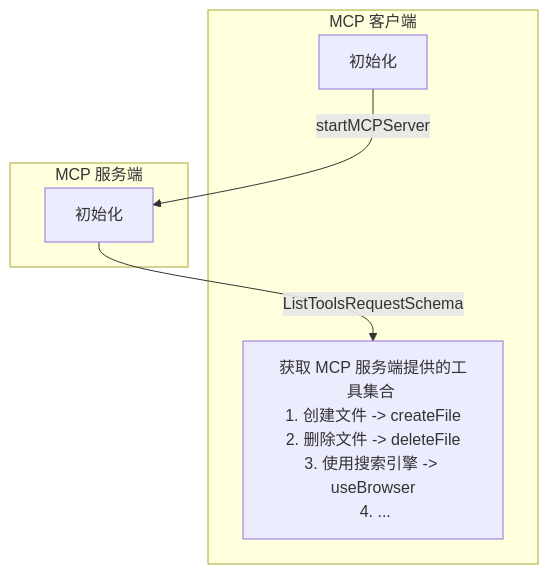
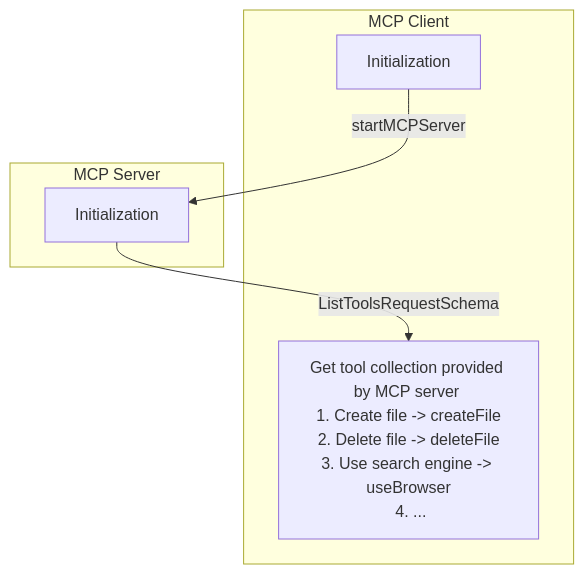
The fourth of 5 diagrams in plugin-tutorial/what-is-mcp.md (LSTM-Kirigaya/openmcp-document), drawn with Mermaid before and after one commit. The commit also changed other lines of this file and 144 other files, not shown here.

````diff
--- a/plugin-tutorial/what-is-mcp.md
+++ b/plugin-tutorial/what-is-mcp.md
@@ -127,14 +118,18 @@
 ```mermaid
 graph TB
-    subgraph MCP 客户端
-        A1[初始化]
-        A2[获取 MCP 服务端提供的工具集合 \n1. 创建文件 -> createFile\n2. 删除文件 -> deleteFile\n3. 使用搜索引擎 -> useBrowser\n 4. ...]
+    subgraph MCP Client
+        A1[Initialization]
+        A2[Get tool collection provided by MCP server 
+1. Create file -> createFile
+2. Delete file -> deleteFile
+3. Use search engine -> useBrowser
+ 4. ...]
     end
 
-    subgraph MCP 服务端
-        B1[初始化]
+    subgraph MCP Server
+        B1[Initialization]
     end
     
 A1 --startMCPServer--> B1
 B1 --ListToolsRequestSchema--> A2
 ```
````
